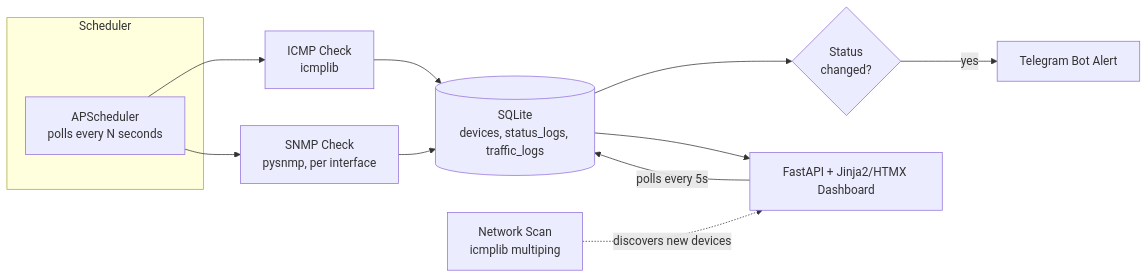
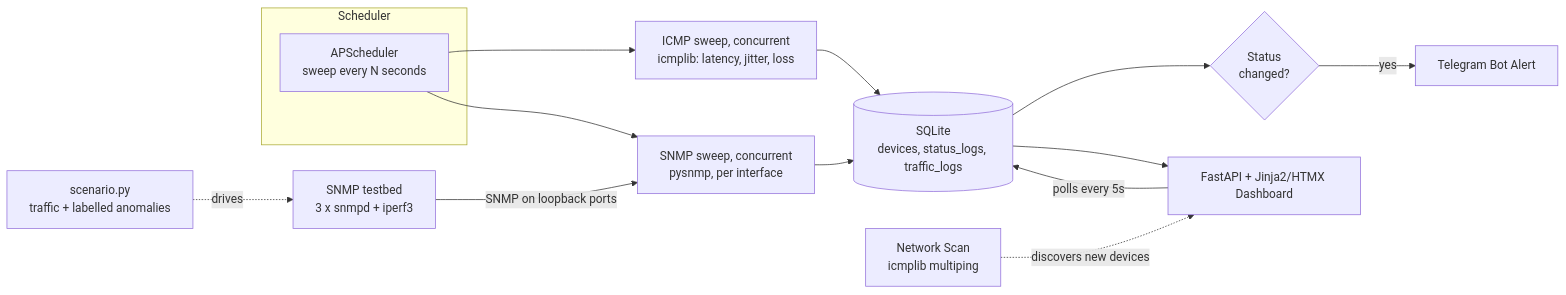
Before and after one commit to agusalit/netwatch-nms: the diagram in README.md, drawn with Mermaid. The commit also changed other lines of this file and 4 other files, not shown here.

````diff
--- a/README.md
+++ b/README.md
@@ -26,15 +28,17 @@
 ```mermaid
 flowchart LR
     subgraph Scheduler
-        A[APScheduler<br/>polls every N seconds]
+        A[APScheduler<br/>sweep every N seconds]
     end
-    A --> B[ICMP Check<br/>icmplib]
-    A --> C[SNMP Check<br/>pysnmp, per interface]
+    A --> B[ICMP sweep, concurrent<br/>icmplib: latency, jitter, loss]
+    A --> C[SNMP sweep, concurrent<br/>pysnmp, per interface]
     B --> D[(SQLite<br/>devices, status_logs, traffic_logs)]
     C --> D
     D --> E{Status<br/>changed?}
     E -->|yes| F[Telegram Bot Alert]
     D --> G[FastAPI + Jinja2/HTMX Dashboard]
     G -->|polls every 5s| D
     H[Network Scan<br/>icmplib multiping] -.discovers new devices.-> G
+    T[SNMP testbed<br/>3 x snmpd + iperf3] -->|SNMP on loopback ports| C
+    S[scenario.py<br/>traffic + labelled anomalies] -.drives.-> T
 ```
````
